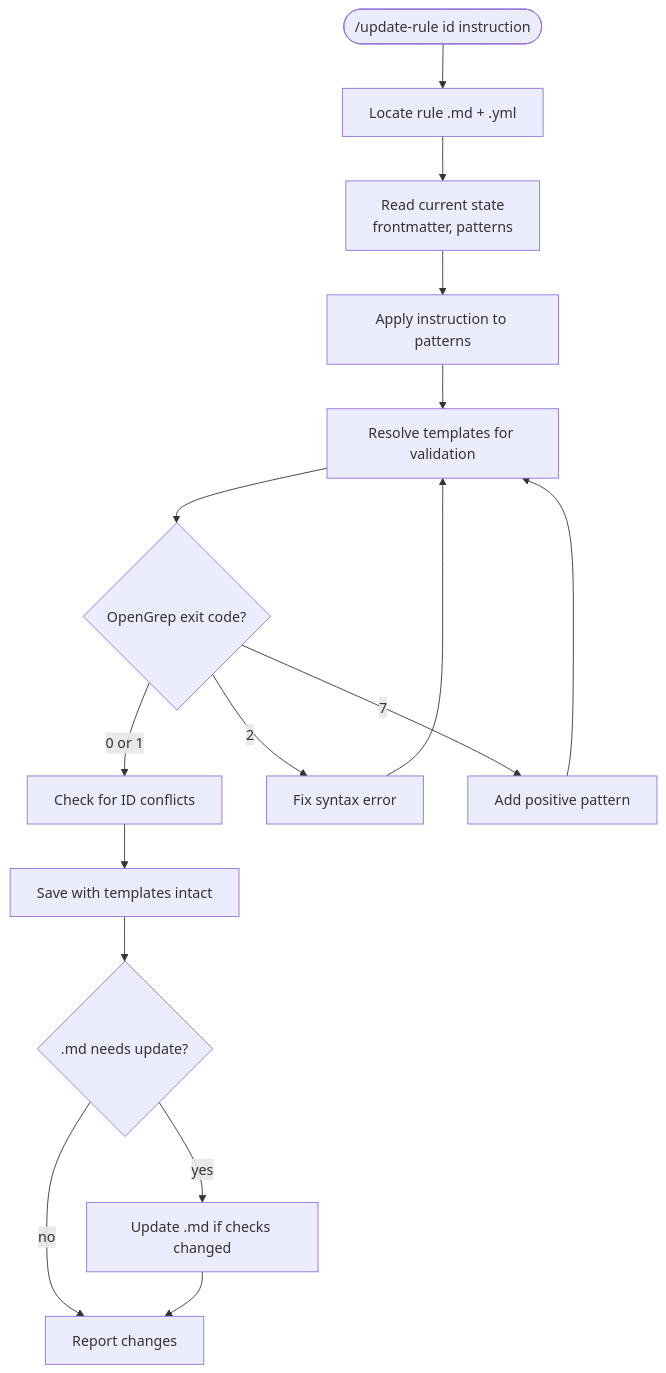
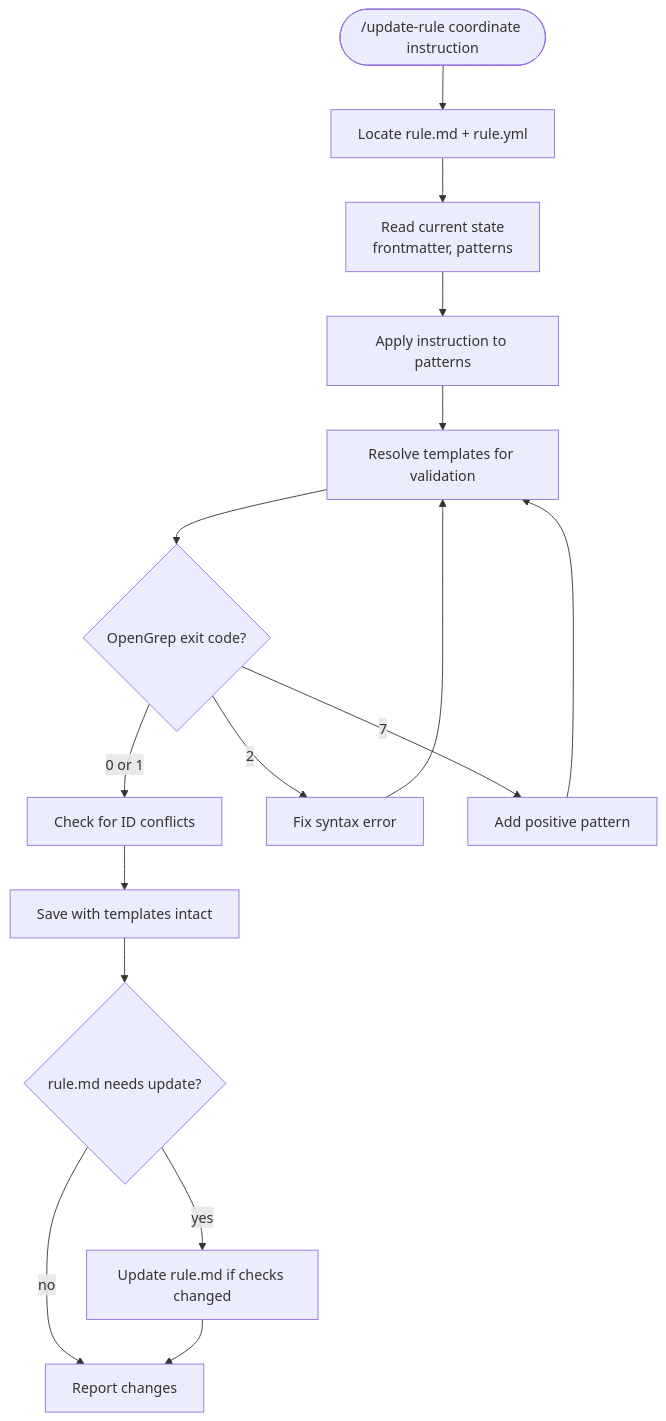
Before and after one commit to reporails/rules: the diagram in .shared/workflows/rule-update.md, drawn with Mermaid. The commit also changed other lines of this file and 20 other files, not shown here.

````diff
--- a/.shared/workflows/rule-update.md
+++ b/.shared/workflows/rule-update.md
@@ -3,16 +3,16 @@
 ```mermaid
 flowchart TD
-    START([/update-rule id instruction]) --> LOCATE[Locate rule .md + .yml]
+    START([/update-rule coordinate instruction]) --> LOCATE[Locate rule.md + rule.yml]
     LOCATE --> READ[Read current state<br/>frontmatter, patterns]
     READ --> APPLY[Apply instruction to patterns]
     APPLY --> RESOLVE[Resolve templates for validation]
     RESOLVE --> VALID{OpenGrep exit code?}
     VALID -->|0 or 1| CONFLICT[Check for ID conflicts]
     VALID -->|2| FIX2[Fix syntax error] --> RESOLVE
     VALID -->|7| FIX7[Add positive pattern] --> RESOLVE
     CONFLICT --> SAVE[Save with templates intact]
-    SAVE --> SYNC{.md needs update?}
-    SYNC -->|yes| UPDATEMD[Update .md if checks changed]
+    SAVE --> SYNC{rule.md needs update?}
+    SYNC -->|yes| UPDATEMD[Update rule.md if checks changed]
     SYNC -->|no| REPORT
     UPDATEMD --> REPORT[Report changes]
 ```
````
